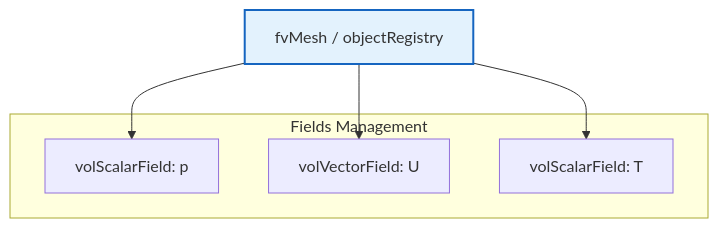
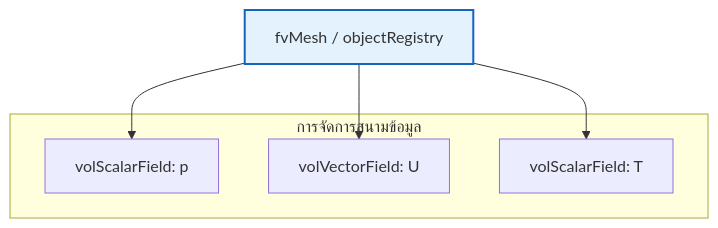
The second of 2 diagrams in MODULE_05_OPENFOAM_PROGRAMMING/CONTENT/04_MESH_CLASSES/05_fvMesh.md (wramet/build-my-cfd), drawn with Mermaid before and after one commit. The commit also changed other lines of this file and 104 other files, not shown here.

````diff
--- a/MODULE_05_OPENFOAM_PROGRAMMING/CONTENT/04_MESH_CLASSES/05_fvMesh.md
+++ b/MODULE_05_OPENFOAM_PROGRAMMING/CONTENT/04_MESH_CLASSES/05_fvMesh.md
@@ -195,14 +195,14 @@
 ```mermaid
 graph TD
     M[fvMesh / objectRegistry] --> P[volScalarField: p]
     M --> U[volVectorField: U]
     M --> T[volScalarField: T]
 
-    subgraph "Fields Management"
+    subgraph "การจัดการสนามข้อมูล"
         P
         U
         T
     end
 
     style M fill:#e3f2fd,stroke:#1565c0,stroke-width:2px
 ```
````
